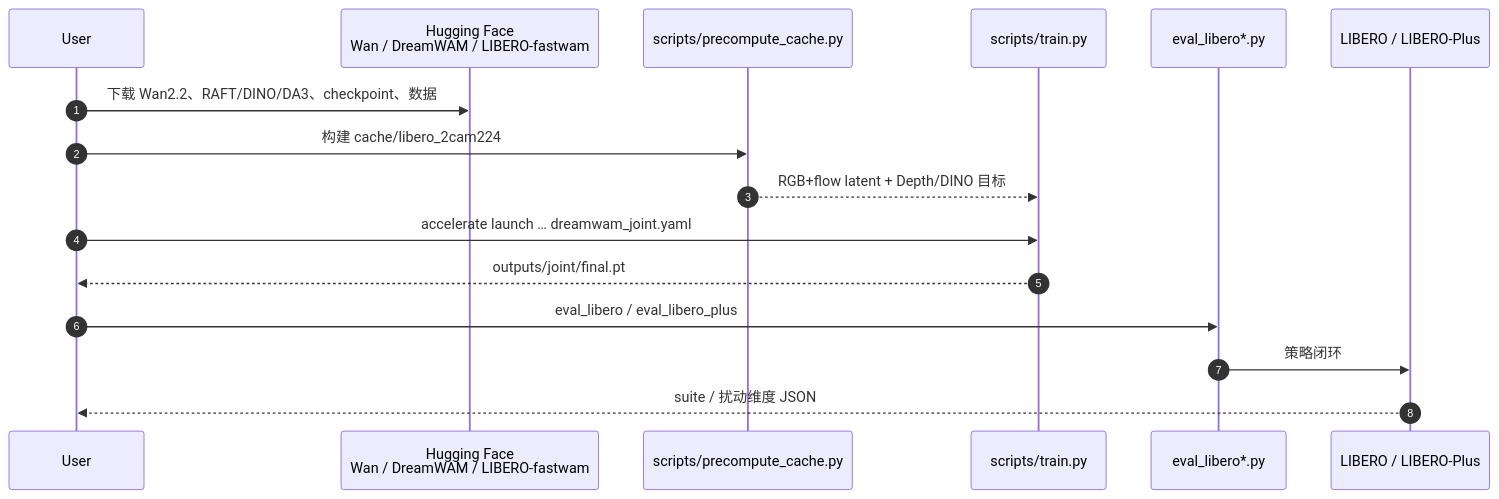
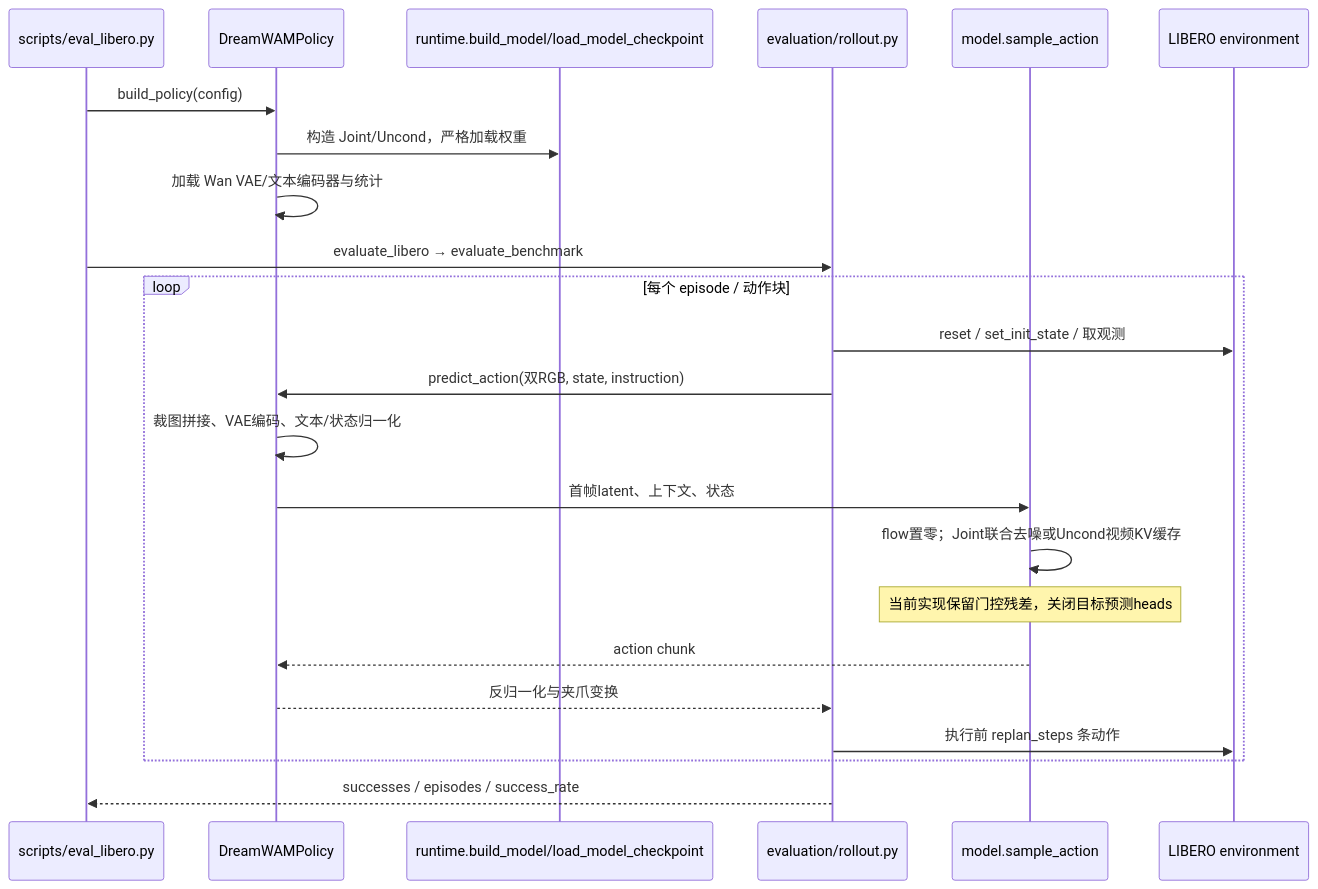
One commit to ImChong/Robotics_Notebooks changed the second of 2 diagrams in wiki/entities/paper-dreamwam.md. Above: the diagram before and after it, drawn with Mermaid. The commit also changed other lines of this file and 208 other files, not shown here.

Commit message:
[2026-11-14] ingest | roadmap/depth-wam.md — 补齐 WAM 全部节点原文证据与满分健康度

````diff
--- a/wiki/entities/paper-dreamwam.md
+++ b/wiki/entities/paper-dreamwam.md
@@ -119,18 +121,25 @@
 ```mermaid
 sequenceDiagram
-  autonumber
-  participant U as User
-  participant HF as Hugging Face<br/>Wan / DreamWAM / LIBERO-fastwam
-  participant Prep as scripts/precompute_cache.py
-  participant Train as scripts/train.py
-  participant Eval as eval_libero*.py
-  participant Sim as LIBERO / LIBERO-Plus
-  U->>HF: 下载 Wan2.2、RAFT/DINO/DA3、checkpoint、数据
-  U->>Prep: 构建 cache/libero_2cam224
-  Prep-->>Train: RGB+flow latent + Depth/DINO 目标
-  U->>Train: accelerate launch … dreamwam_joint.yaml
-  Train-->>U: outputs/joint/final.pt
-  U->>Eval: eval_libero / eval_libero_plus
-  Eval->>Sim: 策略闭环
-  Sim-->>U: suite / 扰动维度 JSON
+  participant E as scripts/eval_libero.py
+  participant P as DreamWAMPolicy
+  participant R as runtime.build_model/load_model_checkpoint
+  participant L as evaluation/rollout.py
+  participant M as model.sample_action
+  participant S as LIBERO environment
+  E->>P: build_policy(config)
+  P->>R: 构造 Joint/Uncond，严格加载权重
+  P->>P: 加载 Wan VAE/文本编码器与统计
+  E->>L: evaluate_libero → evaluate_benchmark
+  loop 每个 episode / 动作块
+    L->>S: reset / set_init_state / 取观测
+    L->>P: predict_action(双RGB, state, instruction)
+    P->>P: 裁图拼接、VAE编码、文本/状态归一化
+    P->>M: 首帧latent、上下文、状态
+    M->>M: flow置零；Joint联合去噪或Uncond视频KV缓存
+    Note over M: 当前实现保留门控残差，关闭目标预测heads
+    M-->>P: action chunk
+    P-->>L: 反归一化与夹爪变换
+    L->>S: 执行前 replan_steps 条动作
+  end
+  L-->>E: successes / episodes / success_rate
 ```
````
